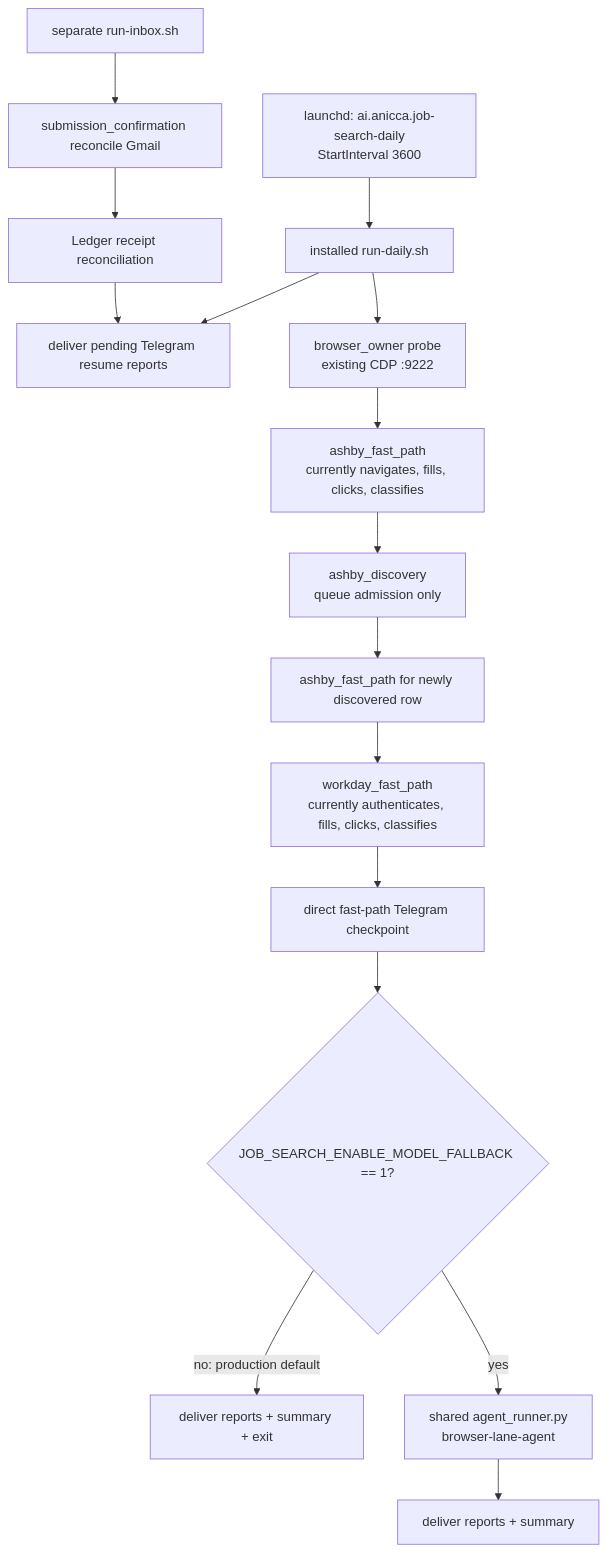
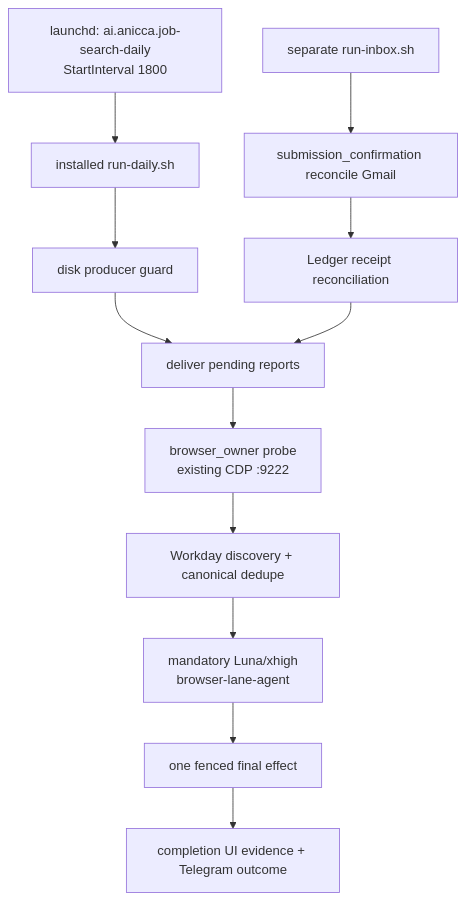
One commit to Daisuke134/anicca changed the first of 2 diagrams in docs/superpowers/specs/2026-07-28-job-search-loop-design.md. Above: the diagram before and after it, drawn with Mermaid. The commit also changed other lines of this file, not shown here.

Commit message:
docs(job-search): refresh Workday loop closure gates

````diff
--- a/docs/superpowers/specs/2026-07-28-job-search-loop-design.md
+++ b/docs/superpowers/specs/2026-07-28-job-search-loop-design.md
@@ -602,18 +602,14 @@
 ```mermaid
 flowchart TD
-    L["launchd: ai.anicca.job-search-daily<br/>StartInterval 3600"] --> D["installed run-daily.sh"]
-    D --> R0["deliver pending Telegram resume reports"]
-    D --> B["browser_owner probe<br/>existing CDP :9222"]
-    B --> AF["ashby_fast_path<br/>currently navigates, fills, clicks, classifies"]
-    AF --> AD["ashby_discovery<br/>queue admission only"]
-    AD --> AF2["ashby_fast_path for newly discovered row"]
-    AF2 --> WF["workday_fast_path<br/>currently authenticates, fills, clicks, classifies"]
-    WF --> T0["direct fast-path Telegram checkpoint"]
-    T0 --> G{"JOB_SEARCH_ENABLE_MODEL_FALLBACK == 1?"}
-    G -- "no: production default" --> X["deliver reports + summary + exit"]
-    G -- yes --> AR["shared agent_runner.py<br/>browser-lane-agent"]
-    AR --> R1["deliver reports + summary"]
+    L["launchd: ai.anicca.job-search-daily<br/>StartInterval 1800"] --> D["installed run-daily.sh"]
+    D --> P["disk producer guard"]
+    P --> R0["deliver pending reports"]
+    R0 --> B["browser_owner probe<br/>existing CDP :9222"]
+    B --> Q["Workday discovery + canonical dedupe"]
+    Q --> AR["mandatory Luna/xhigh<br/>browser-lane-agent"]
+    AR --> F["one fenced final effect"]
+    F --> R1["completion UI evidence + Telegram outcome"]
     I["separate run-inbox.sh"] --> GC["submission_confirmation reconcile Gmail"]
     GC --> LR["Ledger receipt reconciliation"]
     LR --> R0
 ```
````
